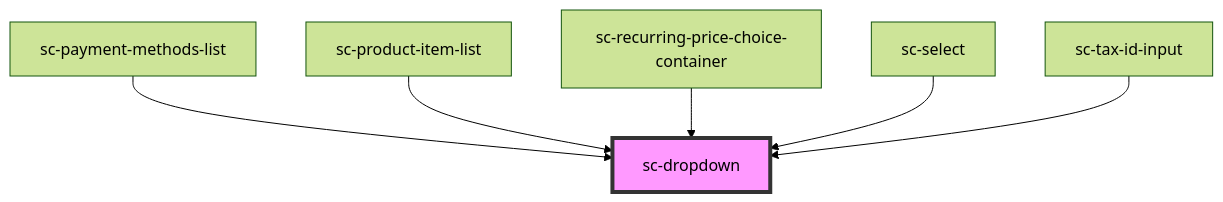
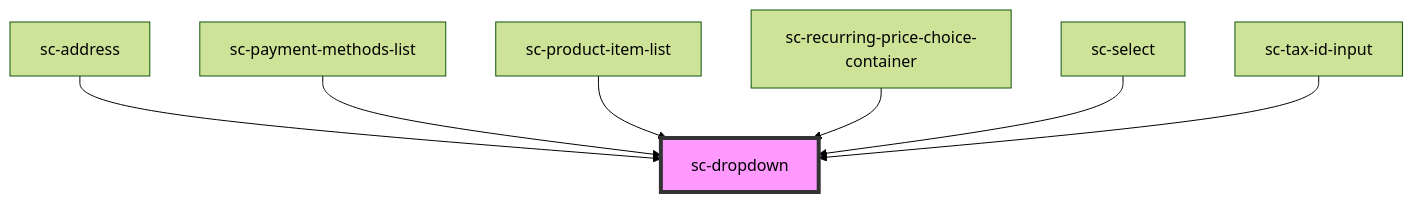
Before and after one commit to surecart/surecart-wp-plugin: the diagram in packages/components/src/components/ui/dropdown/readme.md, drawn with Mermaid (forest theme). The commit also changed other lines of this file and 19 other files, not shown here.

````diff
--- a/packages/components/src/components/ui/dropdown/readme.md
+++ b/packages/components/src/components/ui/dropdown/readme.md
@@ -49,9 +50,10 @@
 ```mermaid
 graph TD;
+  sc-address --> sc-dropdown
   sc-payment-methods-list --> sc-dropdown
   sc-product-item-list --> sc-dropdown
   sc-recurring-price-choice-container --> sc-dropdown
   sc-select --> sc-dropdown
   sc-tax-id-input --> sc-dropdown
   style sc-dropdown fill:#f9f,stroke:#333,stroke-width:4px
 ```
````
